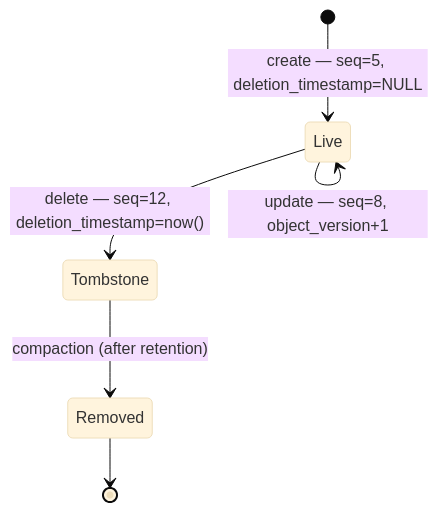
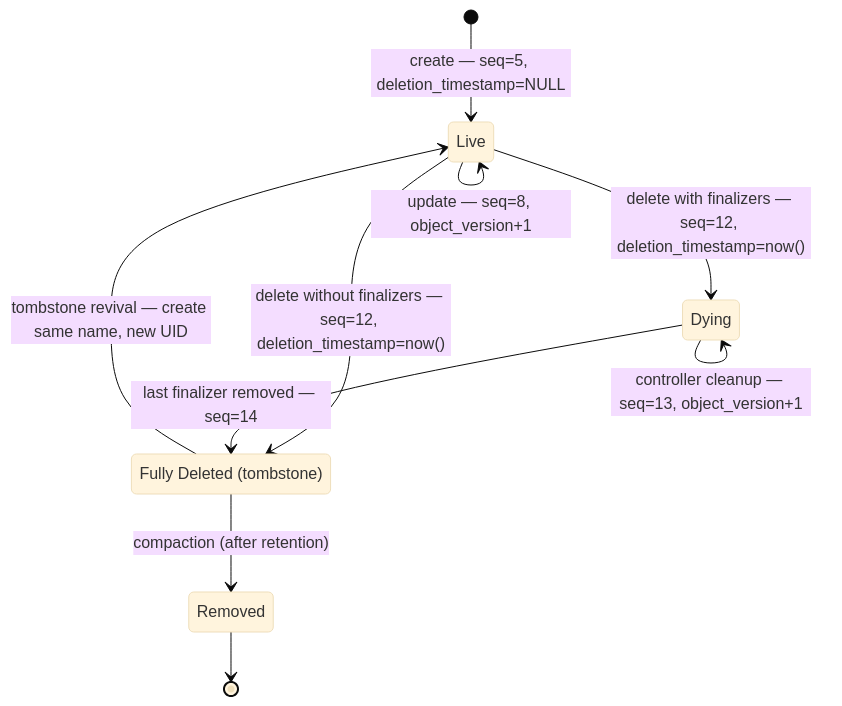
Before and after one commit to jmelis/postgres-controller-backend: the third of 4 diagrams in WALKTHROUGH.md, drawn with Mermaid (base theme). The commit also changed other lines of this file and 56 other files, not shown here.

````diff
--- a/WALKTHROUGH.md
+++ b/WALKTHROUGH.md
@@ -364,8 +383,14 @@
 ```mermaid
 stateDiagram-v2
     [*] --> Live: create — seq=5, deletion_timestamp=NULL
     Live --> Live: update — seq=8, object_version+1
-    Live --> Tombstone: delete — seq=12, deletion_timestamp=now()
-    Tombstone --> Removed: compaction (after retention)
+    Live --> Dying: delete with finalizers — seq=12, deletion_timestamp=now()
+    Live --> FullyDeleted: delete without finalizers — seq=12, deletion_timestamp=now()
+    Dying --> Dying: controller cleanup — seq=13, object_version+1
+    Dying --> FullyDeleted: last finalizer removed — seq=14
+    FullyDeleted --> Live: tombstone revival — create same name, new UID
+    FullyDeleted --> Removed: compaction (after retention)
     Removed --> [*]
+
+    state "Fully Deleted (tombstone)" as FullyDeleted
 ```
````
